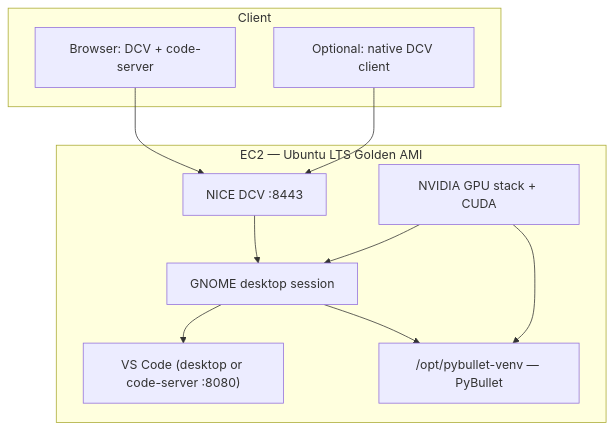
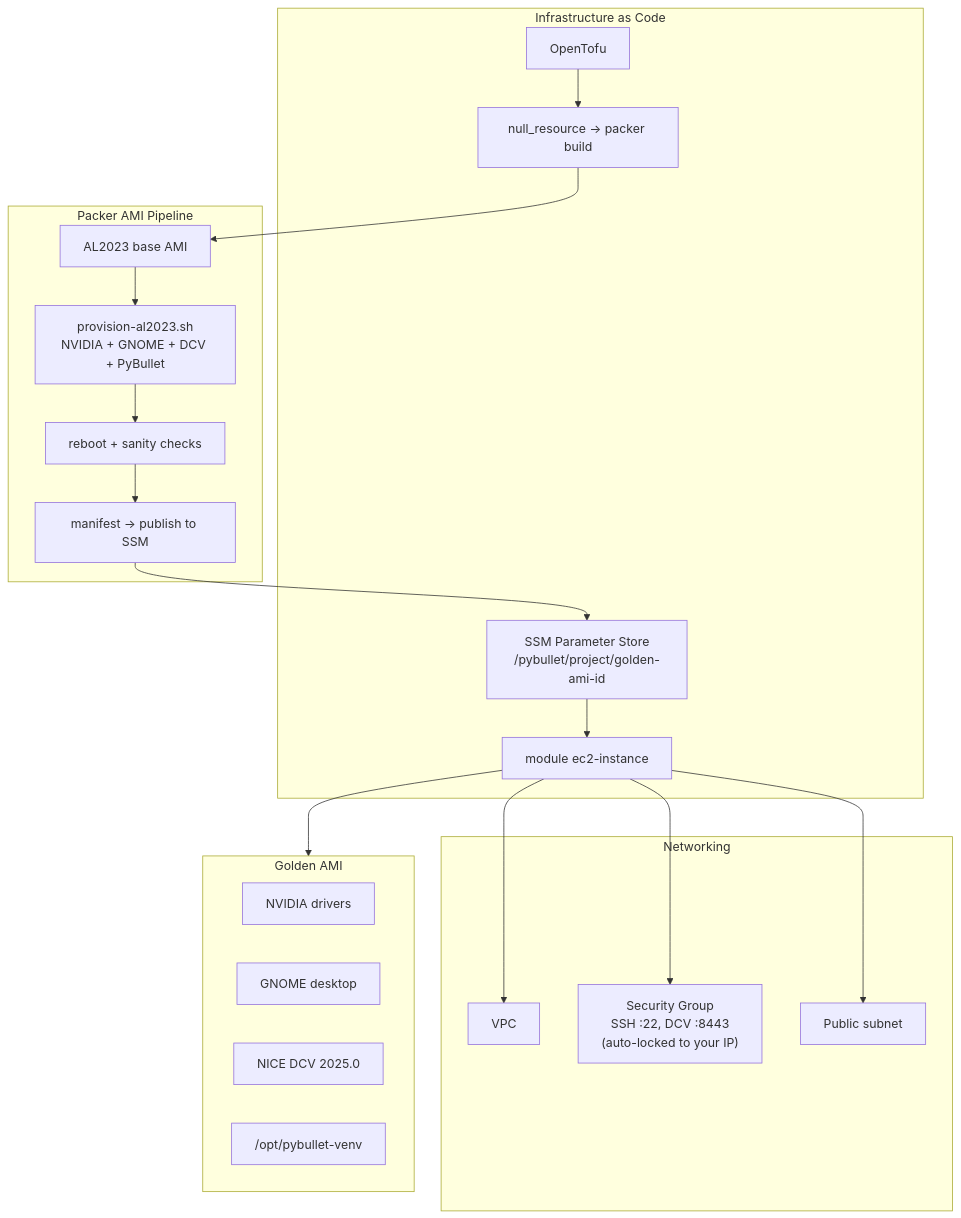
Before and after one commit to rubencg195/aws-pybullet-environment: the third of 3 diagrams in README.md, drawn with Mermaid. The commit also changed other lines of this file and 3 other files, not shown here.

````diff
--- a/README.md
+++ b/README.md
@@ -104,21 +55,41 @@
 ```mermaid
 flowchart TB
-  subgraph client["Client"]
-    WEB["Browser: DCV + code-server"]
-    DCVC["Optional: native DCV client"]
+  subgraph iac["Infrastructure as Code"]
+    OT["OpenTofu"]
+    NR["null_resource → packer build"]
+    SSM["SSM Parameter Store\n/pybullet/project/golden-ami-id"]
+    MOD["module ec2-instance"]
   end
-  subgraph ec2["EC2 — Ubuntu LTS Golden AMI"]
-    DCV["NICE DCV :8443"]
-    GN["GNOME desktop session"]
-    VSC["VS Code (desktop or code-server :8080)"]
-    PB["/opt/pybullet-venv — PyBullet"]
-    GPU["NVIDIA GPU stack + CUDA"]
+
+  subgraph packer["Packer AMI Pipeline"]
+    SRC["AL2023 base AMI"]
+    PROV["provision-al2023.sh\nNVIDIA + GNOME + DCV + PyBullet"]
+    REBOOT["reboot + sanity checks"]
+    POST["manifest → publish to SSM"]
   end
-  WEB --> DCV
-  DCVC --> DCV
-  DCV --> GN
-  GN --> VSC
-  GN --> PB
-  GPU --> PB
-  GPU --> GN
+
+  subgraph net["Networking"]
+    VPC["VPC"]
+    SG["Security Group\nSSH :22, DCV :8443\n(auto-locked to your IP)"]
+    SN["Public subnet"]
+  end
+
+  subgraph ami["Golden AMI"]
+    NV["NVIDIA drivers"]
+    GN["GNOME desktop"]
+    DCVS["NICE DCV 2025.0"]
+    VENV["/opt/pybullet-venv"]
+  end
+
+  OT --> NR
+  NR --> SRC
+  SRC --> PROV
+  PROV --> REBOOT
+  REBOOT --> POST
+  POST --> SSM
+  SSM --> MOD
+  MOD --> VPC
+  MOD --> SG
+  MOD --> SN
+  MOD --> ami
 ```
````
